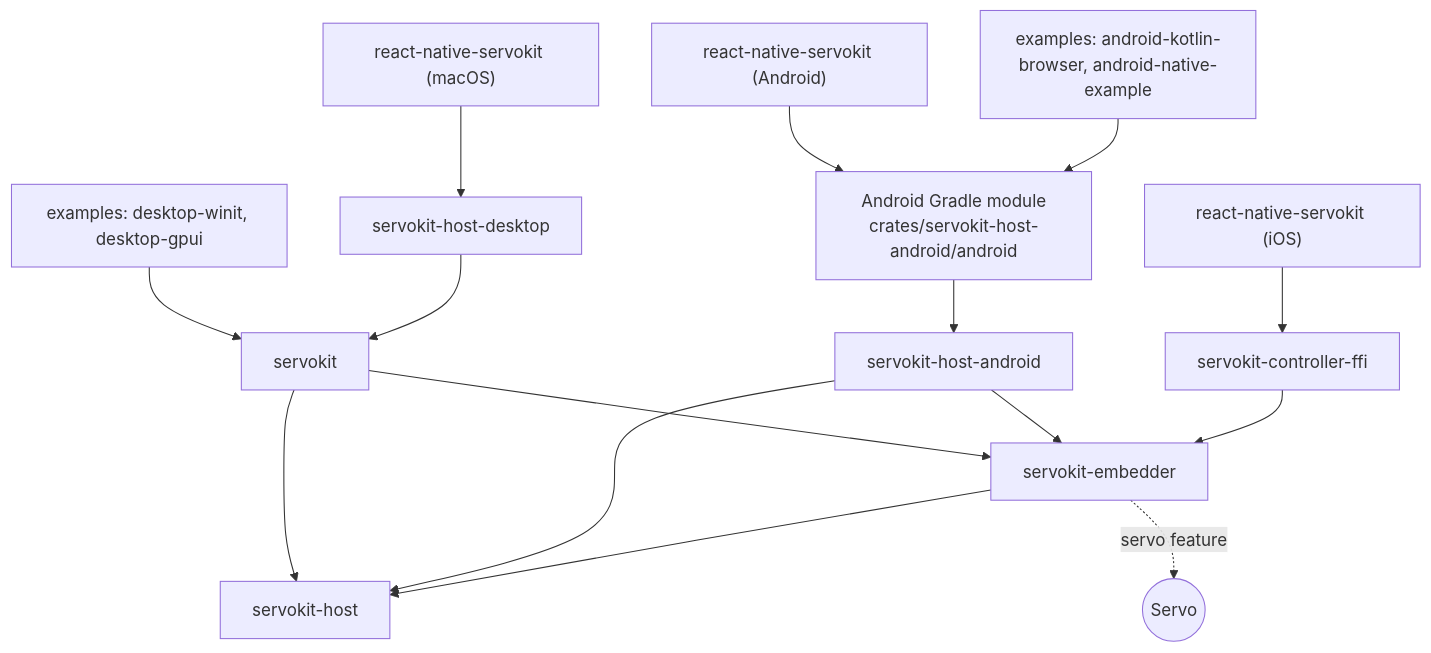
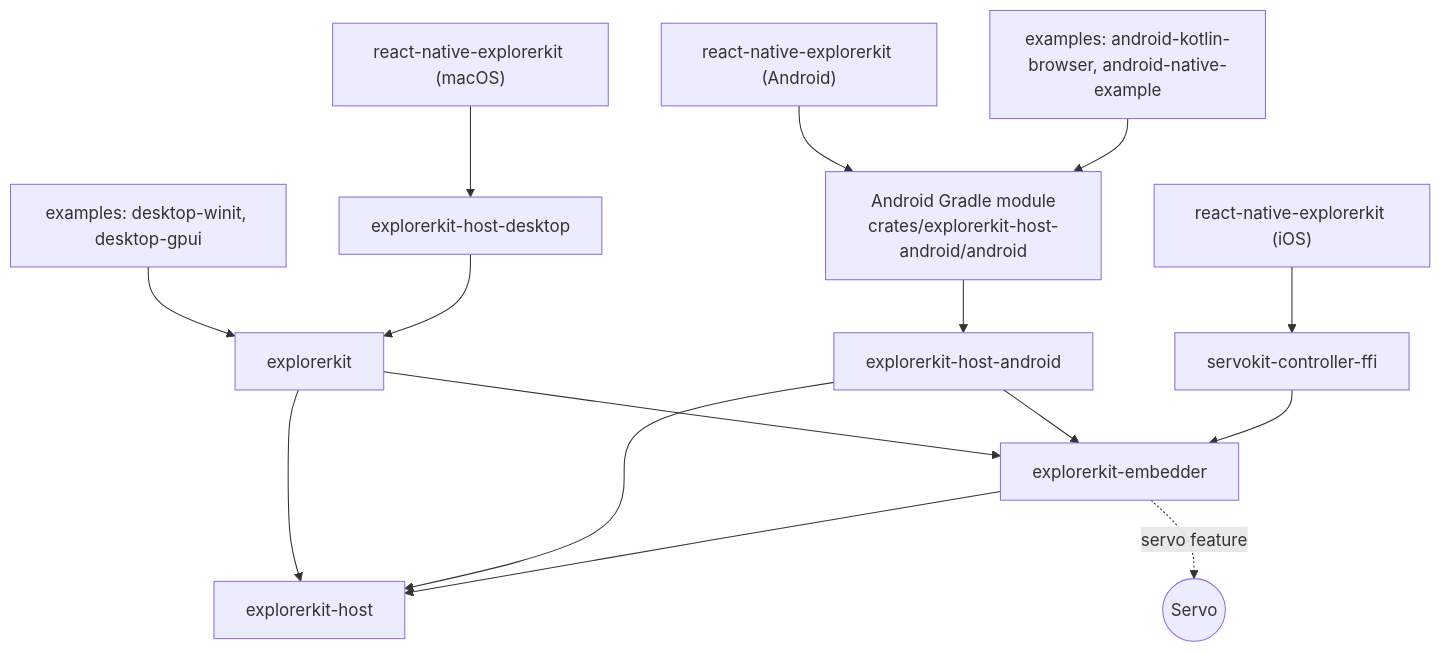
The diagram in docs/reference/crates.md (KeplerBrowser/ServoKit), drawn with Mermaid before and after one commit. The commit also changed other lines of this file and 397 other files, not shown here.

````diff
--- a/docs/reference/crates.md
+++ b/docs/reference/crates.md
@@ -9,17 +9,17 @@
 ```mermaid
 flowchart TD
-  desktop["examples: desktop-winit, desktop-gpui"] --> servokit
-  rnmac["react-native-servokit (macOS)"] --> hostdesktop["servokit-host-desktop"]
-  hostdesktop --> servokit
-  rnandroid["react-native-servokit (Android)"] --> androidmodule["Android Gradle module<br/>crates/servokit-host-android/android"]
+  desktop["examples: desktop-winit, desktop-gpui"] --> explorerkit
+  rnmac["react-native-explorerkit (macOS)"] --> hostdesktop["explorerkit-host-desktop"]
+  hostdesktop --> explorerkit
+  rnandroid["react-native-explorerkit (Android)"] --> androidmodule["Android Gradle module<br/>crates/explorerkit-host-android/android"]
   kotlin["examples: android-kotlin-browser, android-native-example"] --> androidmodule
-  androidmodule --> hostandroid["servokit-host-android"]
-  rnios["react-native-servokit (iOS)"] --> ffi["servokit-controller-ffi"]
-  servokit --> embedder["servokit-embedder"]
-  servokit --> host["servokit-host"]
+  androidmodule --> hostandroid["explorerkit-host-android"]
+  rnios["react-native-explorerkit (iOS)"] --> ffi["servokit-controller-ffi"]
+  explorerkit --> embedder["explorerkit-embedder"]
+  explorerkit --> host["explorerkit-host"]
   hostandroid --> embedder
   hostandroid --> host
   ffi --> embedder
   embedder --> host
   embedder -. "servo feature" .-> servo(("Servo"))
 ```
````
